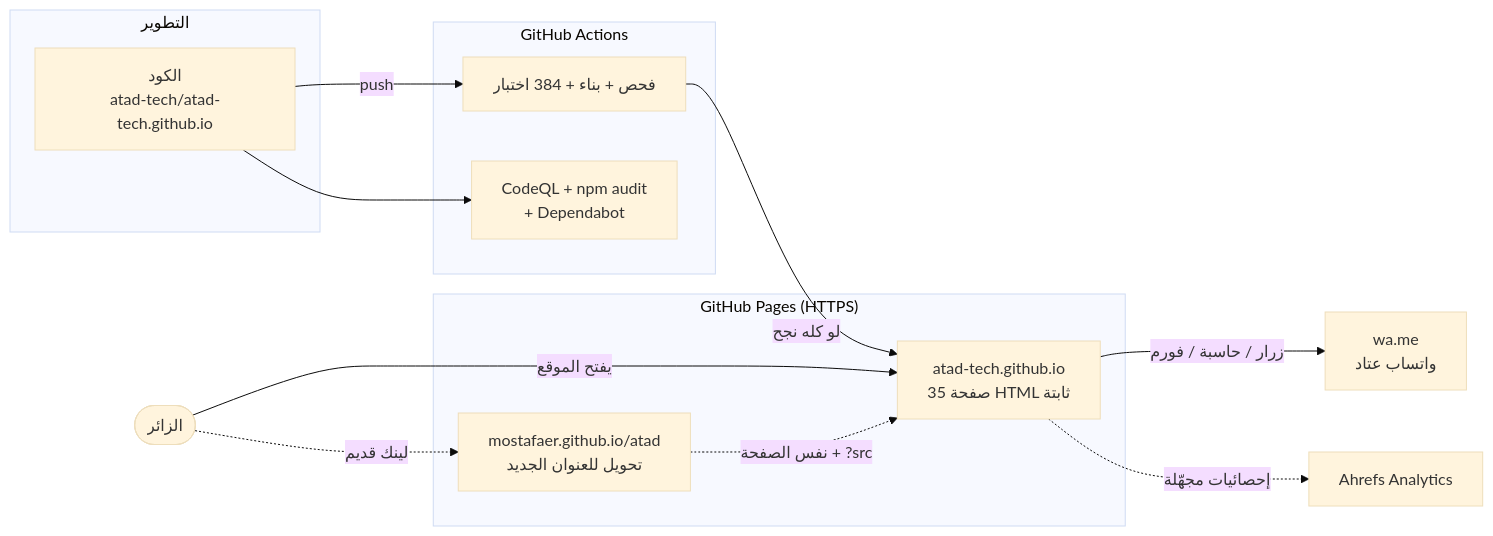
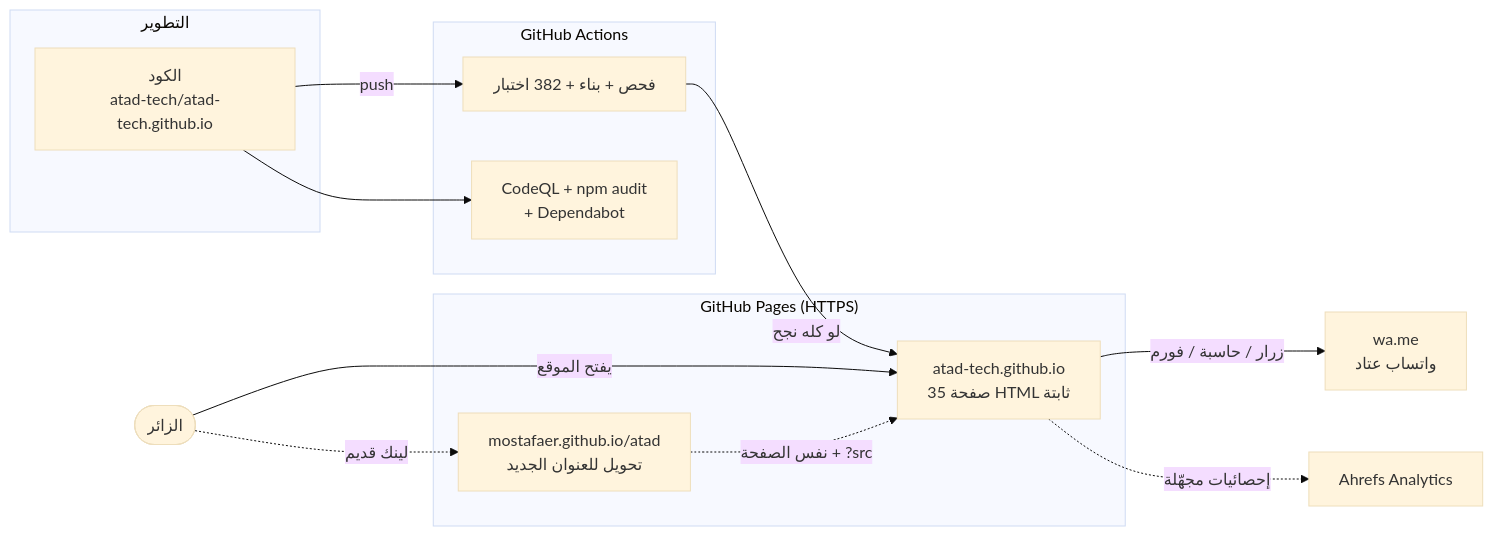
Before and after one commit to atad-tech/atad-tech.github.io: the first of 5 diagrams in docs/ARCHITECTURE.md, drawn with Mermaid (base theme). The commit also changed 8 other files, not shown here.

````diff
--- a/docs/ARCHITECTURE.md
+++ b/docs/ARCHITECTURE.md
@@ -7,25 +7,25 @@
 ```mermaid
 flowchart LR
     subgraph Dev["التطوير"]
         Code["الكود<br/>atad-tech/atad-tech.github.io"]
     end
     subgraph CI["GitHub Actions"]
-        Test["فحص + بناء + 384 اختبار"]
+        Test["فحص + بناء + 382 اختبار"]
         Scan["CodeQL + npm audit<br/>+ Dependabot"]
     end
     subgraph Host["GitHub Pages (HTTPS)"]
         Site["atad-tech.github.io<br/>35 صفحة HTML ثابتة"]
         Old["mostafaer.github.io/atad<br/>تحويل للعنوان الجديد"]
     end
     Visitor(["الزائر"])
     WA["wa.me<br/>واتساب عتاد"]
     Ahrefs["Ahrefs Analytics"]
 
     Code -->|push| Test
     Code --> Scan
     Test -->|"لو كله نجح"| Site
     Visitor -->|"يفتح الموقع"| Site
     Visitor -.->|"لينك قديم"| Old -.->|"نفس الصفحة + ?src"| Site
     Site -->|"زرار / حاسبة / فورم"| WA
     Site -.->|"إحصائيات مجهّلة"| Ahrefs
 ```
````
